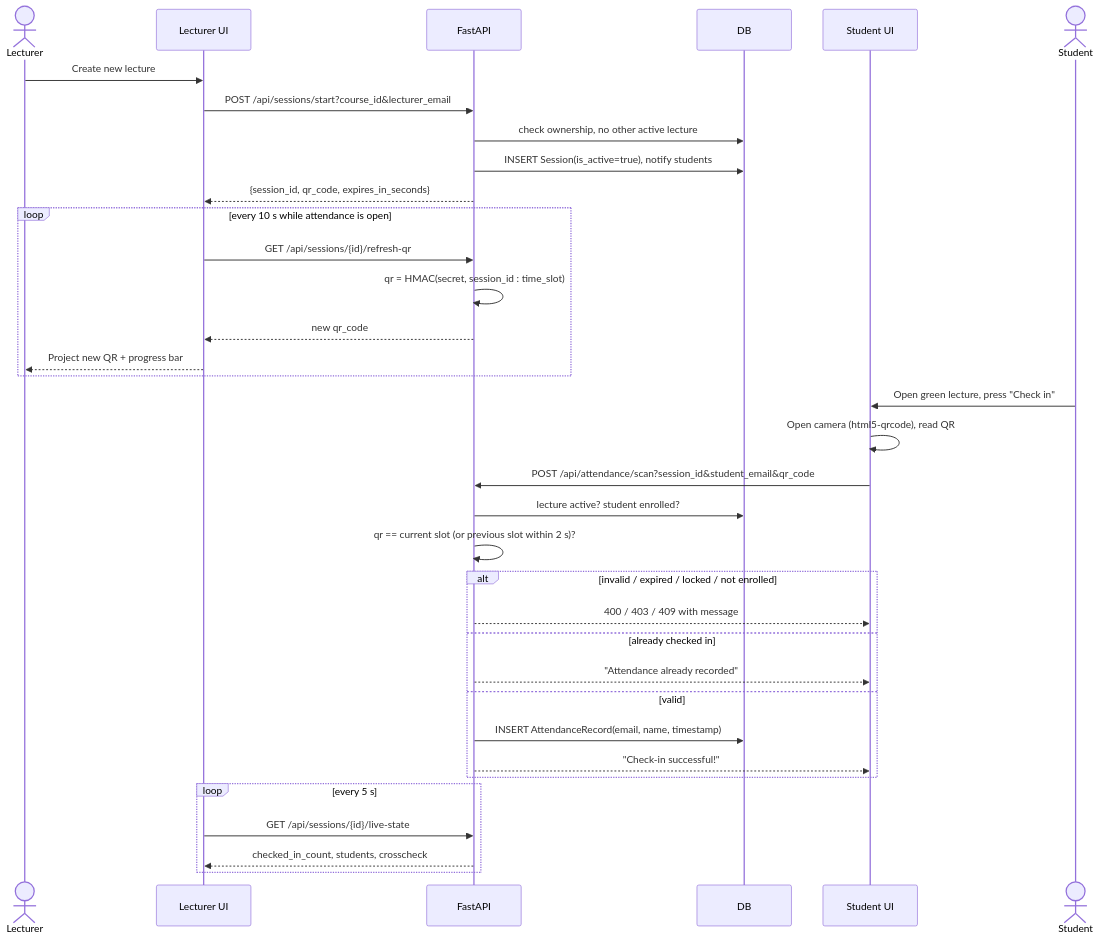
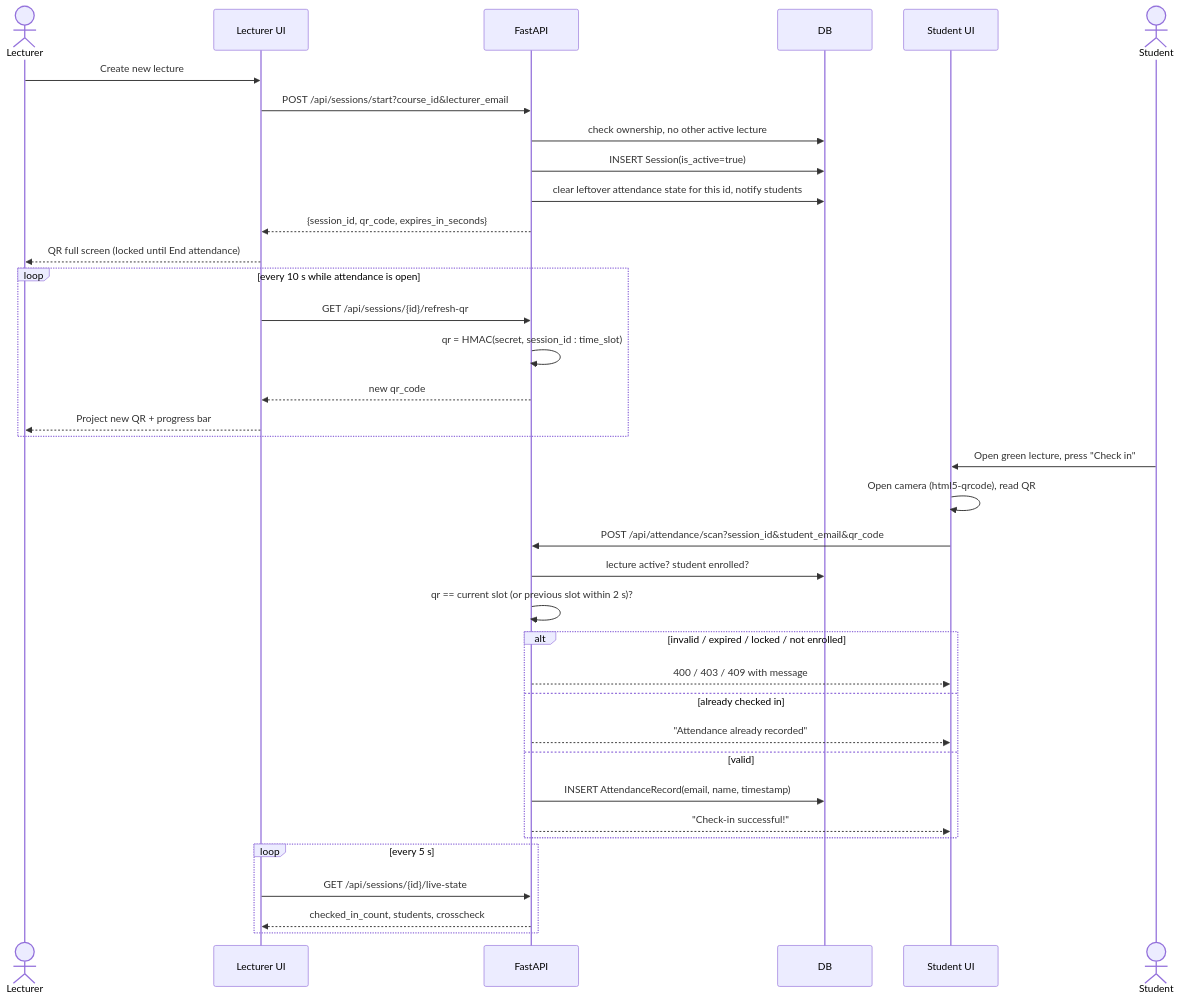
Before and after one commit to YairCohen3/OOP-Ex2: the second of 6 diagrams in Documents/Sequence Diagrams.md, drawn with Mermaid. The commit also changed other lines of this file and 21 other files, not shown here.

````diff
--- a/Documents/Sequence Diagrams.md
+++ b/Documents/Sequence Diagrams.md
@@ -48,41 +48,43 @@
 ```mermaid
 sequenceDiagram
     actor L as Lecturer
     participant LUI as Lecturer UI
     participant API as FastAPI
     participant DB as DB
     participant SUI as Student UI
     actor S as Student
 
     L->>LUI: Create new lecture
     LUI->>API: POST /api/sessions/start?course_id&lecturer_email
     API->>DB: check ownership, no other active lecture
-    API->>DB: INSERT Session(is_active=true), notify students
+    API->>DB: INSERT Session(is_active=true)
+    API->>DB: clear leftover attendance state for this id, notify students
     API-->>LUI: {session_id, qr_code, expires_in_seconds}
+    LUI-->>L: QR full screen (locked until End attendance)
 
     loop every 10 s while attendance is open
         LUI->>API: GET /api/sessions/{id}/refresh-qr
         API->>API: qr = HMAC(secret, session_id : time_slot)
         API-->>LUI: new qr_code
         LUI-->>L: Project new QR + progress bar
     end
 
     S->>SUI: Open green lecture, press "Check in"
     SUI->>SUI: Open camera (html5-qrcode), read QR
     SUI->>API: POST /api/attendance/scan?session_id&student_email&qr_code
     API->>DB: lecture active? student enrolled?
     API->>API: qr == current slot (or previous slot within 2 s)?
     alt invalid / expired / locked / not enrolled
         API-->>SUI: 400 / 403 / 409 with message
     else already checked in
         API-->>SUI: "Attendance already recorded"
     else valid
         API->>DB: INSERT AttendanceRecord(email, name, timestamp)
         API-->>SUI: "Check-in successful!"
     end
 
     loop every 5 s
         LUI->>API: GET /api/sessions/{id}/live-state
         API-->>LUI: checked_in_count, students, crosscheck
     end
 ```
````
